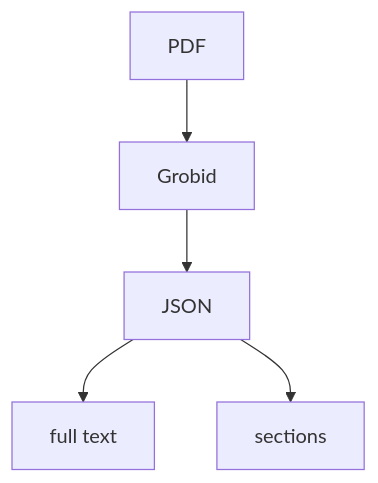
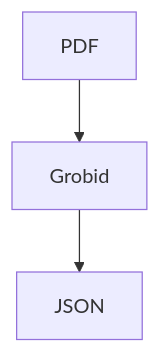
One commit to WestLakeFairyland/s2orc-doc2json changed the diagram in README.md. Above: the diagram before and after it, drawn with Mermaid. The commit also changed other lines of this file and 3 other files, not shown here.

````diff
--- a/README.md
+++ b/README.md
@@ -8,7 +8,4 @@
 ```mermaid
-flowchart TB
-;
+flowchart TB;
     A[PDF] --> B[Grobid] --> C[JSON]
-    C --> D[full text]
-    C --> E[sections]
 ```
````
